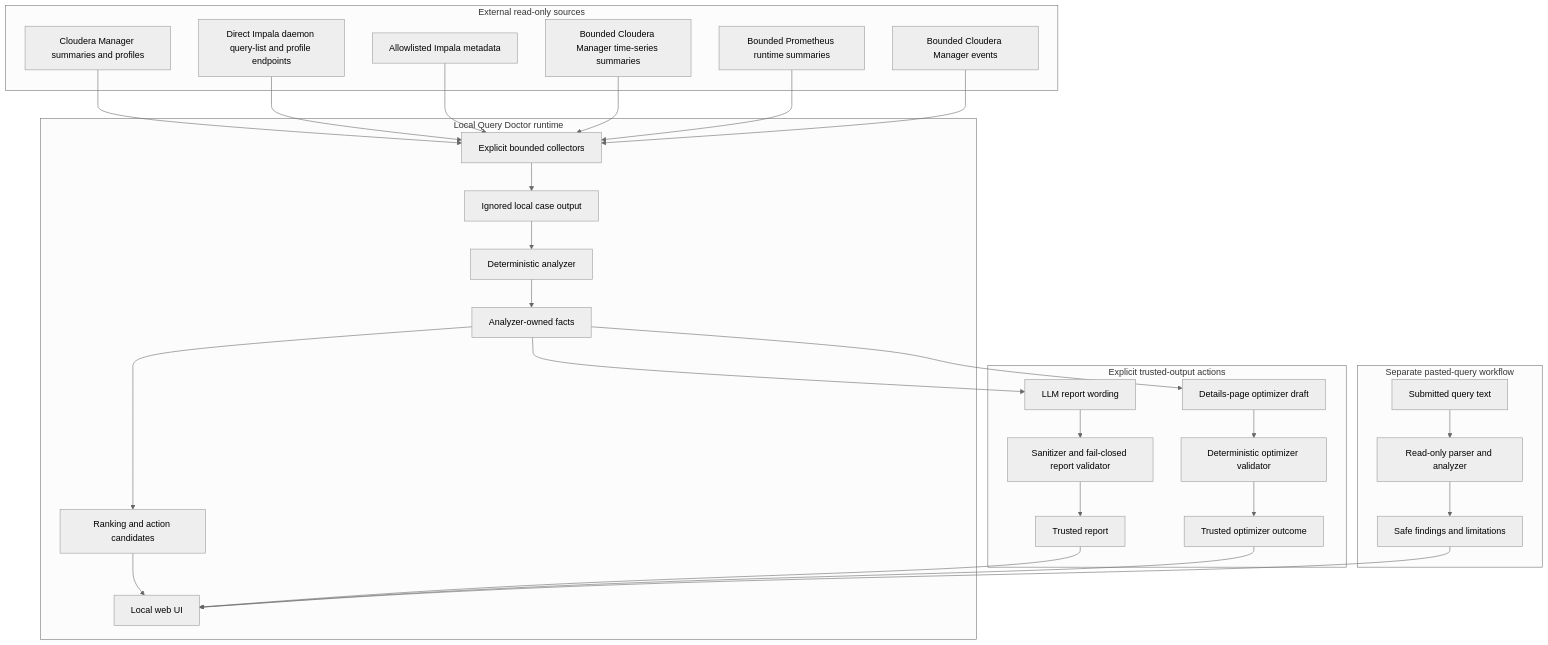
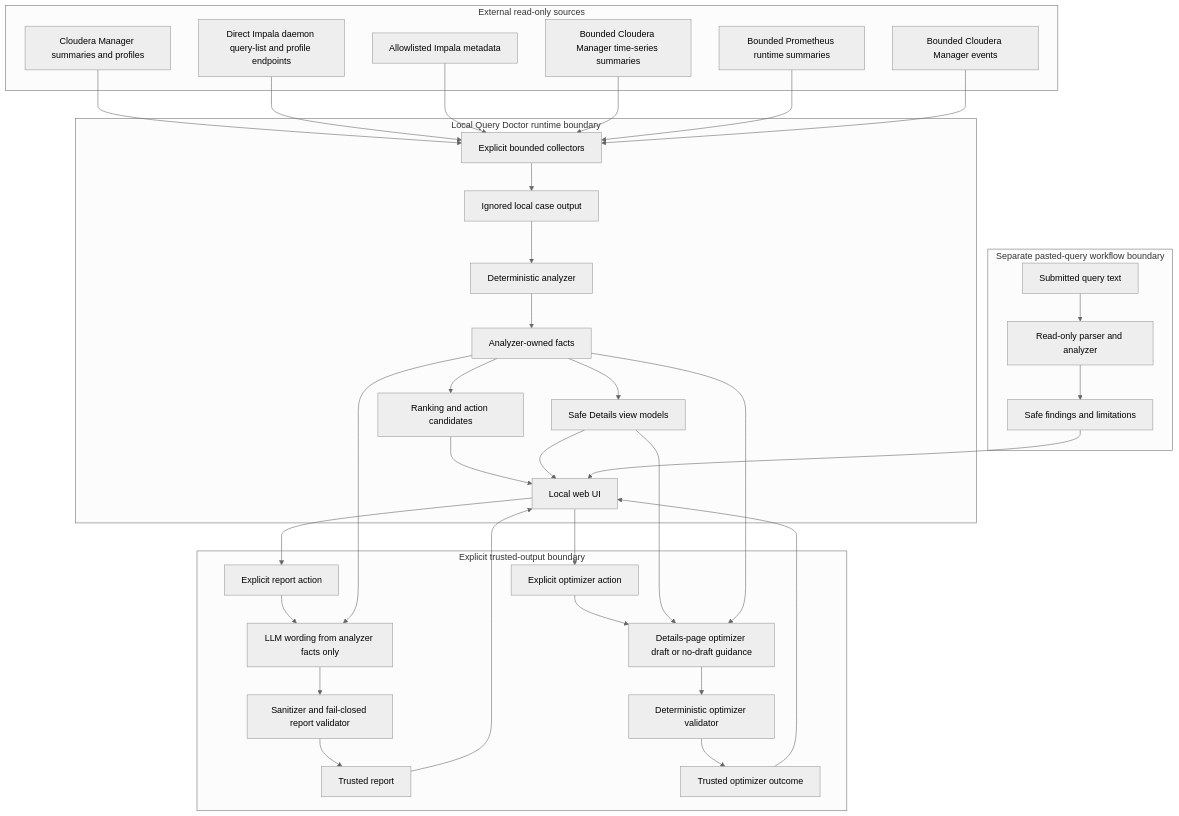
Before and after one commit to alexandrefimov/Query-Doctor: the first of 3 diagrams in docs/architecture.md, drawn with Mermaid (neutral theme). The commit also changed other lines of this file and 2 other files, not shown here.

Commit message:
Refresh architecture boundary docs

````diff
--- a/docs/architecture.md
+++ b/docs/architecture.md
@@ -23,58 +23,68 @@
 ```mermaid
 flowchart TD
     subgraph External["External read-only sources"]
         CM[Cloudera Manager summaries and profiles]
         ImpalaDaemon[Direct Impala daemon query-list and profile endpoints]
         ImpalaMeta[Allowlisted Impala metadata]
         CMMetrics[Bounded Cloudera Manager time-series summaries]
         PromMetrics[Bounded Prometheus runtime summaries]
         CMEvents[Bounded Cloudera Manager events]
     end
 
-    subgraph Local["Local Query Doctor runtime"]
+    subgraph Local["Local Query Doctor runtime boundary"]
         Collector[Explicit bounded collectors]
         CaseStore[Ignored local case output]
         Analyzer[Deterministic analyzer]
         Facts[Analyzer-owned facts]
         Ranking[Ranking and action candidates]
+        Details[Safe Details view models]
         WebUI[Local web UI]
     end
 
-    subgraph Trust["Explicit trusted-output actions"]
-        ReportWriter[LLM report wording]
+    subgraph Trust["Explicit trusted-output boundary"]
+        ReportAction[Explicit report action]
+        ReportWriter[LLM wording from analyzer facts only]
         ReportValidator[Sanitizer and fail-closed report validator]
         TrustedReport[Trusted report]
-        OptimizerDraft[Details-page optimizer draft]
+        OptimizerAction[Explicit optimizer action]
+        OptimizerDraft[Details-page optimizer draft or no-draft guidance]
         OptimizerValidator[Deterministic optimizer validator]
         TrustedOptimizer[Trusted optimizer outcome]
     end
 
-    subgraph Pasted["Separate pasted-query workflow"]
+    subgraph Pasted["Separate pasted-query workflow boundary"]
         PastedInput[Submitted query text]
         QueryParser[Read-only parser and analyzer]
         QueryFindings[Safe findings and limitations]
     end
 
     CM --> Collector
     ImpalaDaemon --> Collector
     ImpalaMeta --> Collector
     CMMetrics --> Collector
     PromMetrics --> Collector
     CMEvents --> Collector
     Collector --> CaseStore
     CaseStore --> Analyzer
     Analyzer --> Facts
     Facts --> Ranking
     Ranking --> WebUI
+    Facts --> Details
+    Details --> WebUI
+    WebUI --> ReportAction
+    ReportAction --> ReportWriter
     Facts --> ReportWriter
     ReportWriter --> ReportValidator
     ReportValidator --> TrustedReport
     TrustedReport --> WebUI
+    WebUI --> OptimizerAction
+    OptimizerAction --> OptimizerDraft
+    Details --> OptimizerDraft
     Facts --> OptimizerDraft
     OptimizerDraft --> OptimizerValidator
     OptimizerValidator --> TrustedOptimizer
     TrustedOptimizer --> WebUI
     PastedInput --> QueryParser
     QueryParser --> QueryFindings
     QueryFindings --> WebUI
 ```
````
